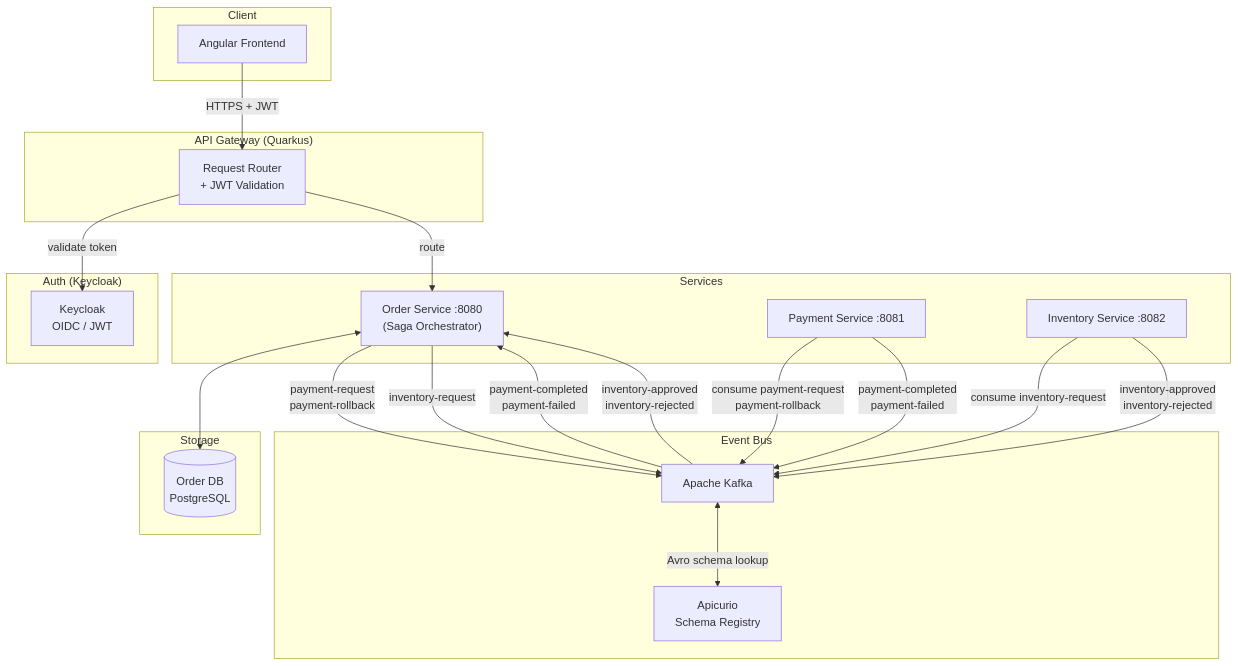
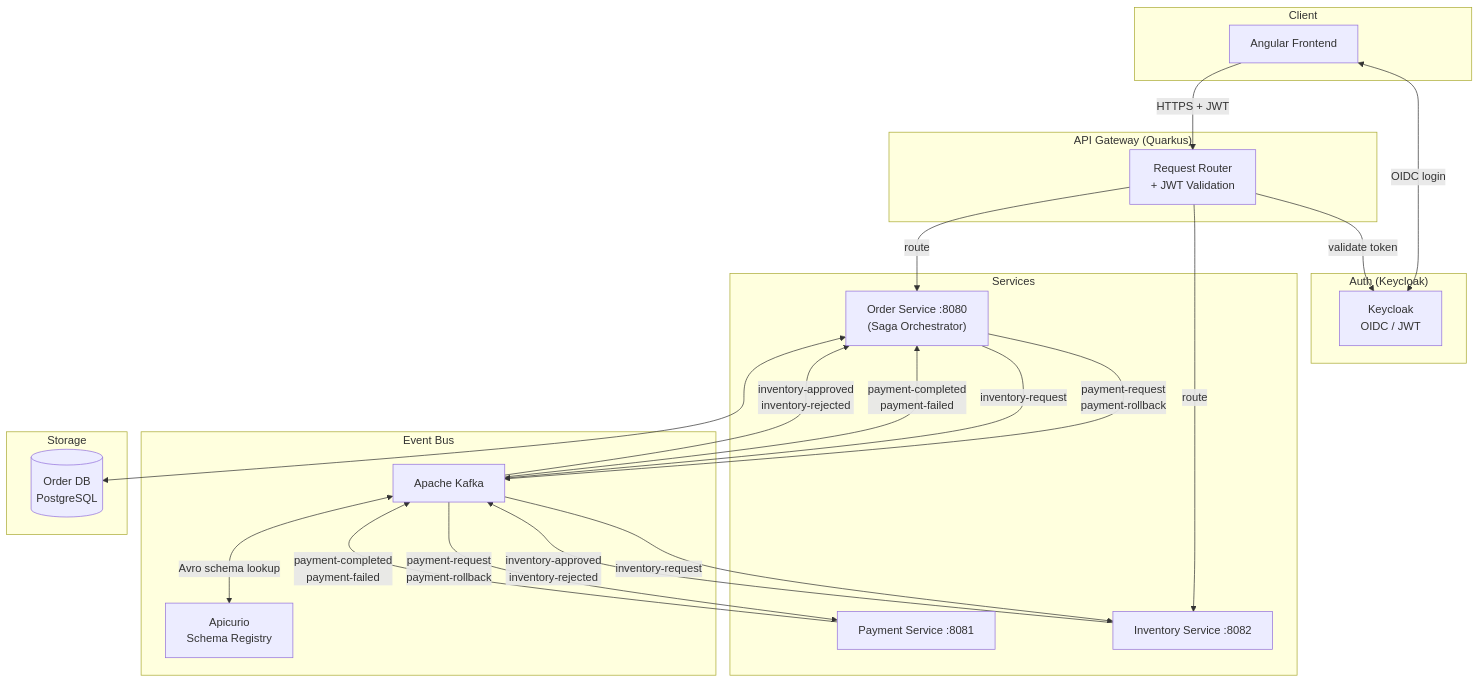
The first of 2 diagrams in README.md (panryba/shopflow), drawn with Mermaid before and after one commit. The commit also changed other lines of this file and 21 other files, not shown here.

````diff
--- a/README.md
+++ b/README.md
@@ -30,47 +30,49 @@
 ```mermaid
 graph TB
     subgraph Client
         UI[Angular Frontend]
     end
 
     subgraph Auth["Auth (Keycloak)"]
         KC[Keycloak<br/>OIDC / JWT]
     end
 
     subgraph Gateway["API Gateway (Quarkus)"]
         GW[Request Router<br/>+ JWT Validation]
     end
 
     subgraph Services
         OS["Order Service :8080<br/>(Saga Orchestrator)"]
         PS[Payment Service :8081]
         IS[Inventory Service :8082]
     end
 
     subgraph Messaging["Event Bus"]
         K[Apache Kafka]
         SR[Apicurio<br/>Schema Registry]
     end
 
     subgraph Storage
         ODB[(Order DB<br/>PostgreSQL)]
     end
 
+    UI <-->|OIDC login| KC
     UI -->|HTTPS + JWT| GW
     GW -->|validate token| KC
     GW -->|route| OS
+    GW -->|route| IS
 
     OS <--> ODB
     OS -->|payment-request<br/>payment-rollback| K
     OS -->|inventory-request| K
     K -->|payment-completed<br/>payment-failed| OS
     K -->|inventory-approved<br/>inventory-rejected| OS
 
-    PS -->|consume payment-request<br/>payment-rollback| K
+    K -->|payment-request<br/>payment-rollback| PS
     PS -->|payment-completed<br/>payment-failed| K
 
-    IS -->|consume inventory-request| K
+    K -->|inventory-request| IS
     IS -->|inventory-approved<br/>inventory-rejected| K
 
     K <-->|Avro schema lookup| SR
 ```
````
